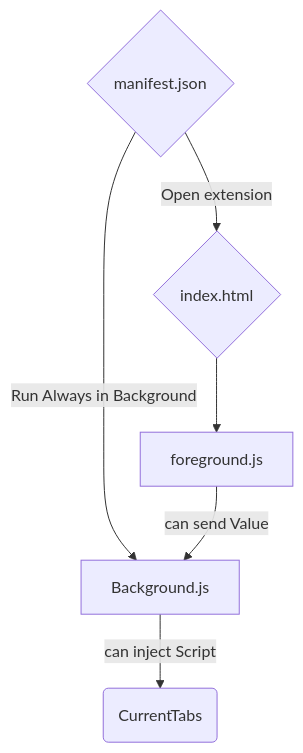
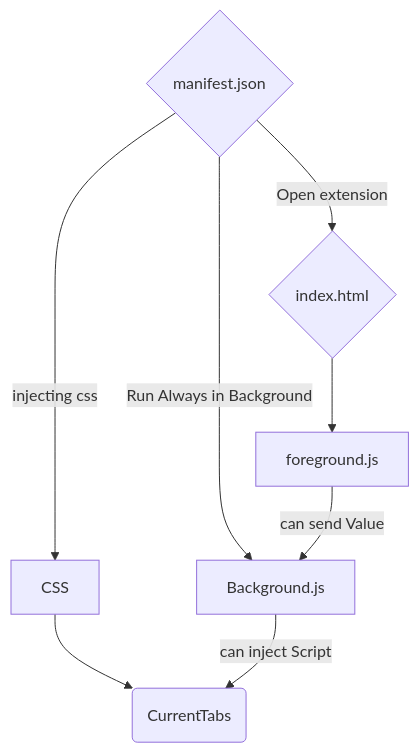
Before and after one commit to yoschigamer/youtubeRework: the first of 2 diagrams in README.md, drawn with Mermaid.

````diff
--- a/README.md
+++ b/README.md
@@ -3,12 +3,15 @@
 ```mermaid
 graph 
 A{manifest.json}
 B[Background.js]
 D(CurrentTabs)
 
+B'[CSS]
+
 B_isOpen{index.html}
 C_isOpen[foreground.js]
 
+A -- injecting css --> B' --> D
 A -- Run Always in Background --> B -- can inject Script --> D
 A -- Open extension --> B_isOpen --> C_isOpen -- can send Value --> B
 ```
````
